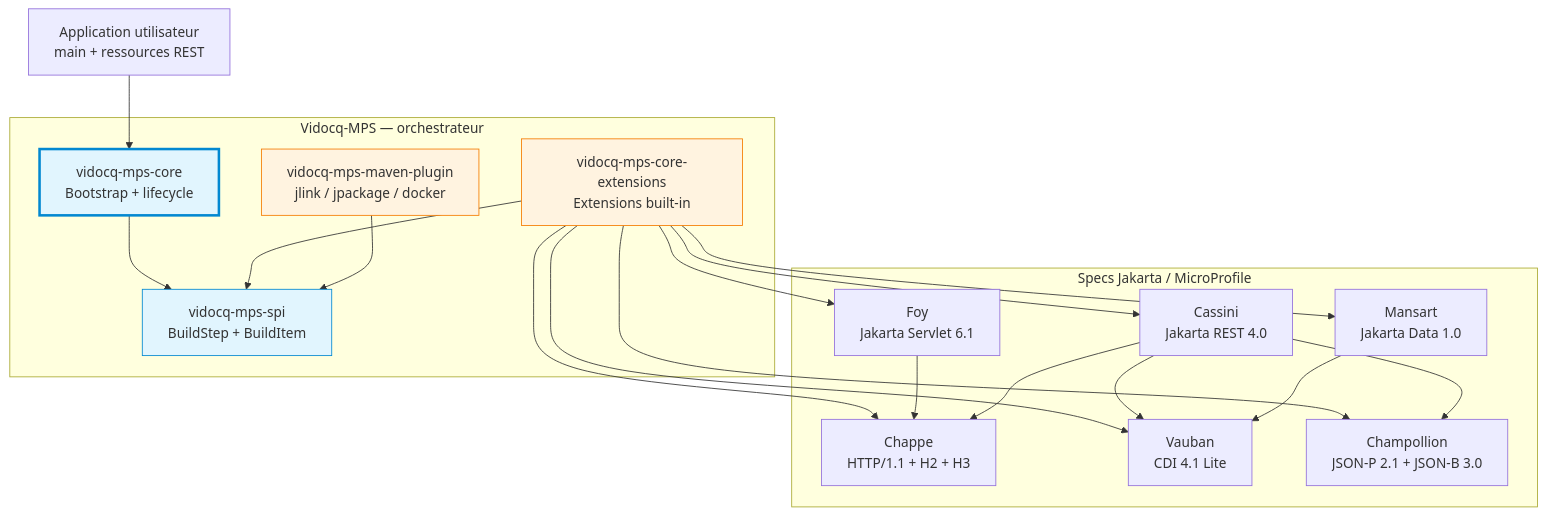
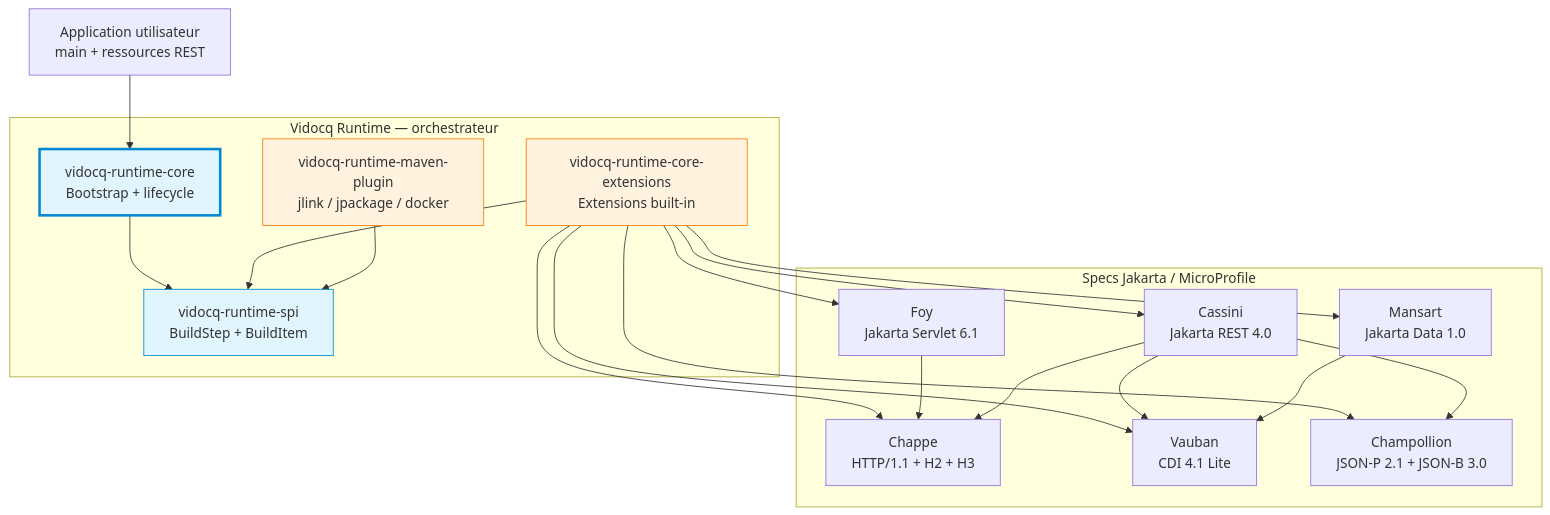
The diagram in docs/fr/modules/ROOT/pages/index.adoc (vidocq-stack/vidocq), drawn with Mermaid before and after one commit. The commit also changed other lines of this file and 330 other files, not shown here.

First line of the commit message:
refactor: rename vidocq-mps → vidocq, package io.vidocq.runtime

```diff
--- a/docs/fr/modules/ROOT/pages/index.adoc
+++ b/docs/fr/modules/ROOT/pages/index.adoc
@@ -45,44 +45,44 @@
 [mermaid]
 ....
 graph TB
-    subgraph "Vidocq-MPS — orchestrateur"
-        MPS[vidocq-mps-core<br/>Bootstrap + lifecycle]
-        SPI[vidocq-mps-spi<br/>BuildStep + BuildItem]
-        EXT[vidocq-mps-core-extensions<br/>Extensions built-in]
-        PLUGIN[vidocq-mps-maven-plugin<br/>jlink / jpackage / docker]
+    subgraph "Vidocq Runtime — orchestrateur"
+        MPS[vidocq-runtime-core<br/>Bootstrap + lifecycle]
+        SPI[vidocq-runtime-spi<br/>BuildStep + BuildItem]
+        EXT[vidocq-runtime-core-extensions<br/>Extensions built-in]
+        PLUGIN[vidocq-runtime-maven-plugin<br/>jlink / jpackage / docker]
     end
 
     subgraph "Specs Jakarta / MicroProfile"
         CHAPPE[Chappe<br/>HTTP/1.1 + H2 + H3]
         FOY[Foy<br/>Jakarta Servlet 6.1]
         CASSINI[Cassini<br/>Jakarta REST 4.0]
         VAUBAN[Vauban<br/>CDI 4.1 Lite]
         CHAMPOLLION[Champollion<br/>JSON-P 2.1 + JSON-B 3.0]
         MANSART[Mansart<br/>Jakarta Data 1.0]
     end
 
     APP[Application utilisateur<br/>main + ressources REST]
 
     APP --> MPS
     MPS --> SPI
     EXT --> SPI
     PLUGIN --> SPI
 
     EXT --> CHAPPE
     EXT --> VAUBAN
     EXT --> CHAMPOLLION
     EXT --> FOY
     EXT --> CASSINI
     EXT --> MANSART
 
     FOY --> CHAPPE
     CASSINI --> CHAPPE
     CASSINI --> VAUBAN
     CASSINI --> CHAMPOLLION
     MANSART --> VAUBAN
 
     style MPS fill:#e1f5fe,stroke:#0288d1,stroke-width:3px
     style SPI fill:#e1f5fe,stroke:#0288d1
     style EXT fill:#fff3e0,stroke:#f57c00
     style PLUGIN fill:#fff3e0,stroke:#f57c00
 ....
```
